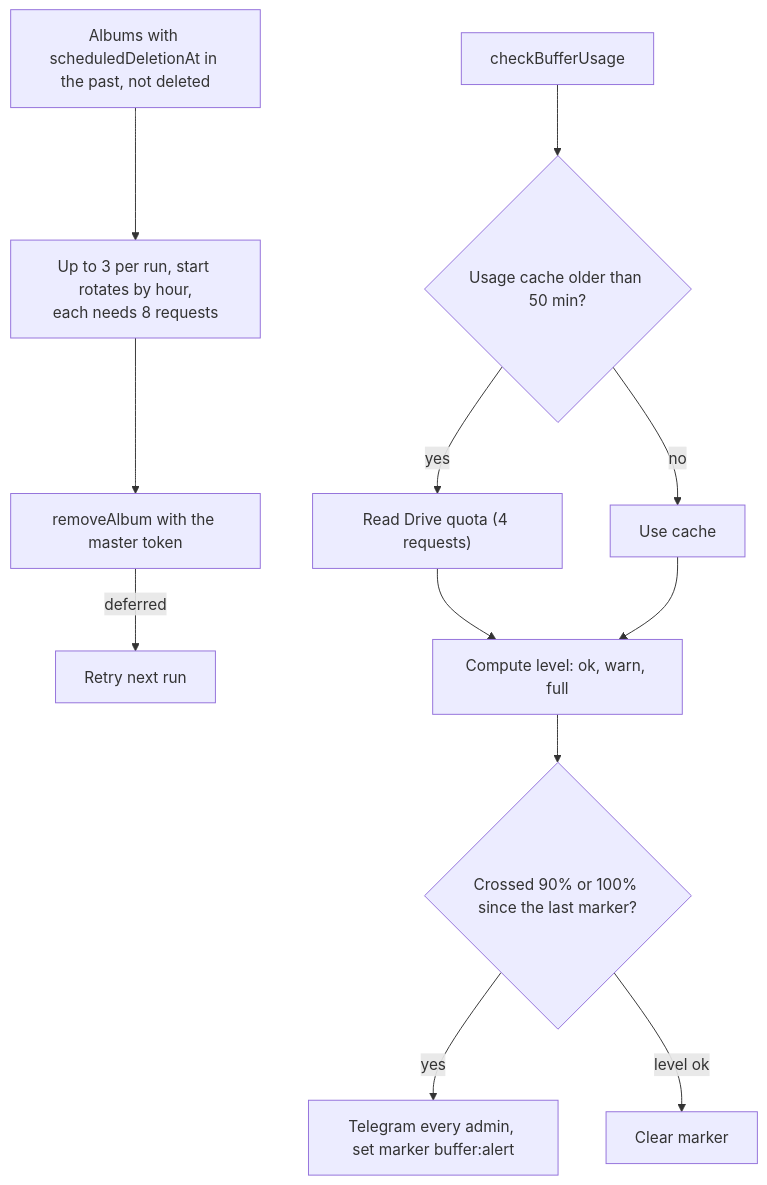
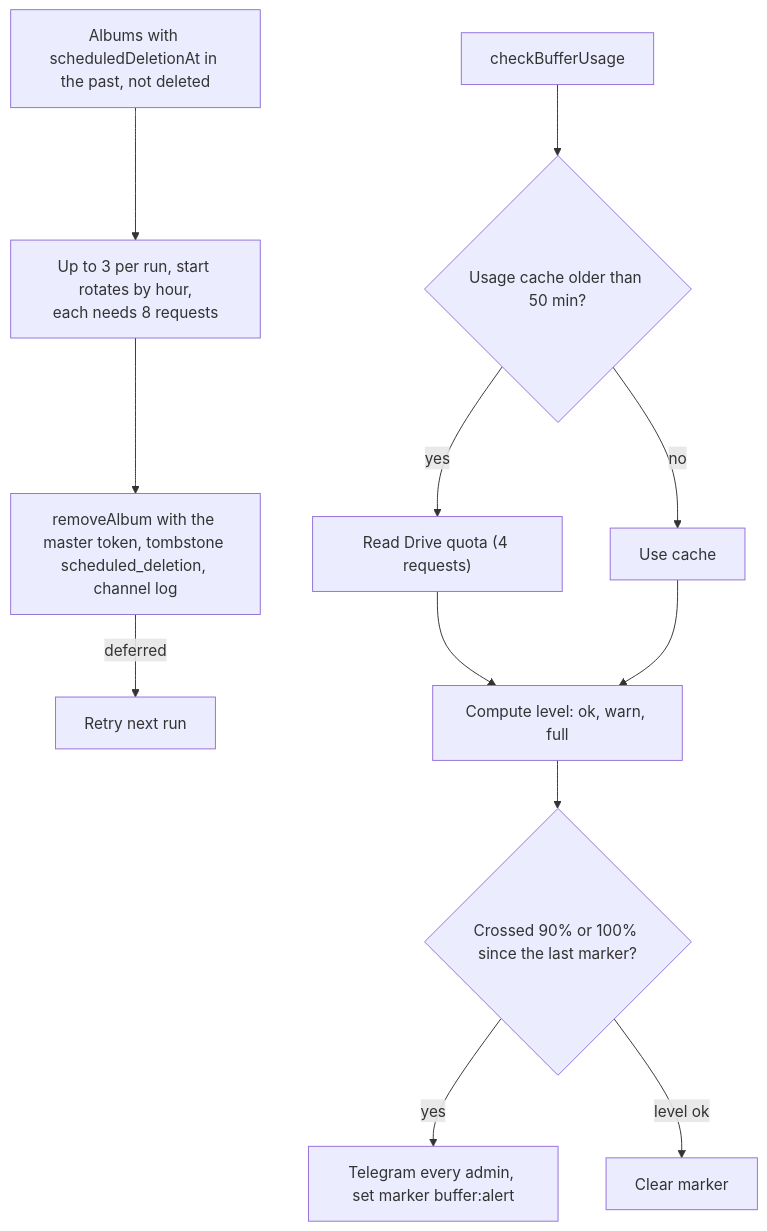
The fifth of 5 diagrams in docs/scenarios/cron/hourly.md (sagyzdop/meriksirat), drawn with Mermaid before and after one commit. The commit also changed 10 other files, not shown here.

Commit message:
feat(albums): keep scheduled-deletion albums as tombstones, email favoriters, log to channel

````diff
--- a/docs/scenarios/cron/hourly.md
+++ b/docs/scenarios/cron/hourly.md
@@ -62,14 +62,14 @@
 ```mermaid
 flowchart TD
     A["Albums with scheduledDeletionAt in the past, not deleted"] --> B["Up to 3 per run, start rotates by hour,<br/>each needs 8 requests"]
-    B --> C[removeAlbum with the master token]
+    B --> C["removeAlbum with the master token, tombstone scheduled_deletion, channel log"]
     C -- deferred --> D[Retry next run]
     E[checkBufferUsage] --> F{Usage cache older than 50 min?}
     F -- yes --> G["Read Drive quota (4 requests)"]
     F -- no --> H[Use cache]
     G --> I[Compute level: ok, warn, full]
     H --> I
     I --> J{Crossed 90% or 100% since the last marker?}
     J -- yes --> K[Telegram every admin, set marker buffer:alert]
     J -- level ok --> L[Clear marker]
 ```
````
